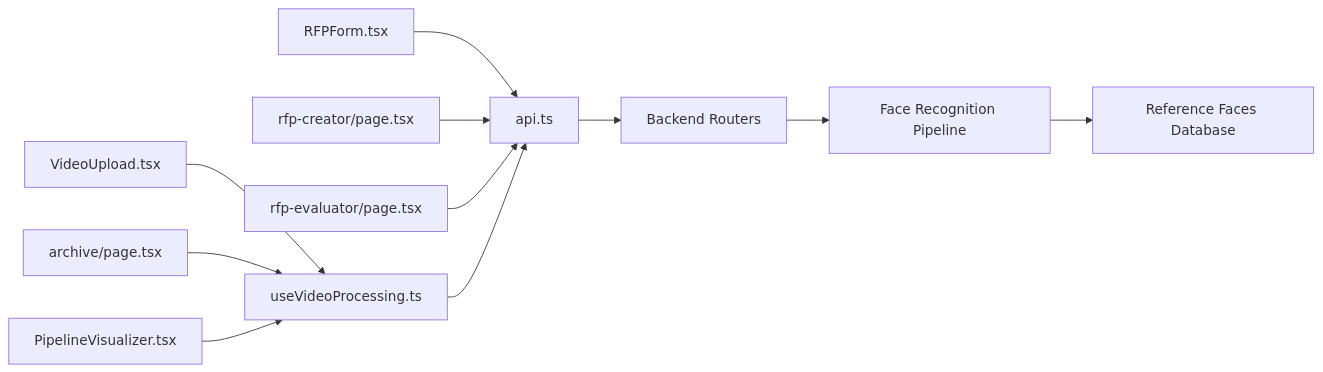
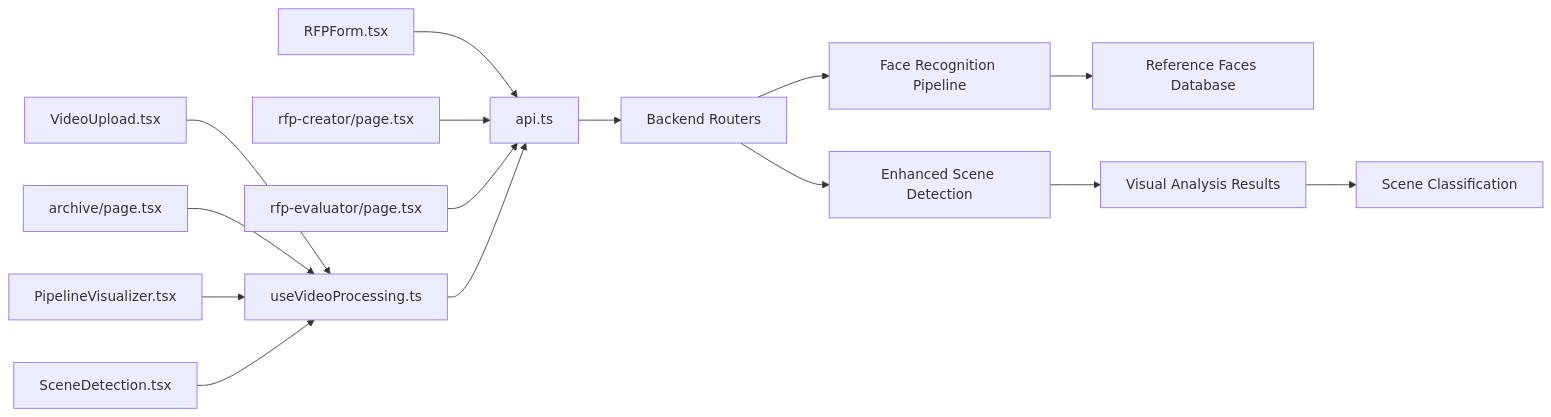
One commit to alexandreybasta-cyber/dubai-media-ai changed the third of 3 diagrams in .qoder/repowiki/en/content/Frontend Application/API Integration & State Management.md. Above: the diagram before and after it, drawn with Mermaid. The commit also changed other lines of this file and 21 other files, not shown here.

````diff
--- a/.qoder/repowiki/en/content/Frontend Application/API Integration & State Management.md
+++ b/.qoder/repowiki/en/content/Frontend Application/API Integration & State Management.md
@@ -382,13 +546,17 @@
 ```mermaid
 graph LR
 UI_A["VideoUpload.tsx"] --> Hook["useVideoProcessing.ts"]
 UI_B["archive/page.tsx"] --> Hook
 UI_C["PipelineVisualizer.tsx"] --> Hook
-UI_D["RFPForm.tsx"] --> API["api.ts"]
-UI_E["rfp-creator/page.tsx"] --> API
-UI_F["rfp-evaluator/page.tsx"] --> API
+UI_D["SceneDetection.tsx"] --> Hook
+UI_E["RFPForm.tsx"] --> API["api.ts"]
+UI_F["rfp-creator/page.tsx"] --> API
+UI_G["rfp-evaluator/page.tsx"] --> API
 Hook --> API
 API --> Backend["Backend Routers"]
 Backend --> FacePipeline["Face Recognition Pipeline"]
+Backend --> ScenePipeline["Enhanced Scene Detection"]
 FacePipeline --> ReferenceDB["Reference Faces Database"]
+ScenePipeline --> VisualAnalysis["Visual Analysis Results"]
+VisualAnalysis --> SceneTypes["Scene Classification"]
 ```
````
